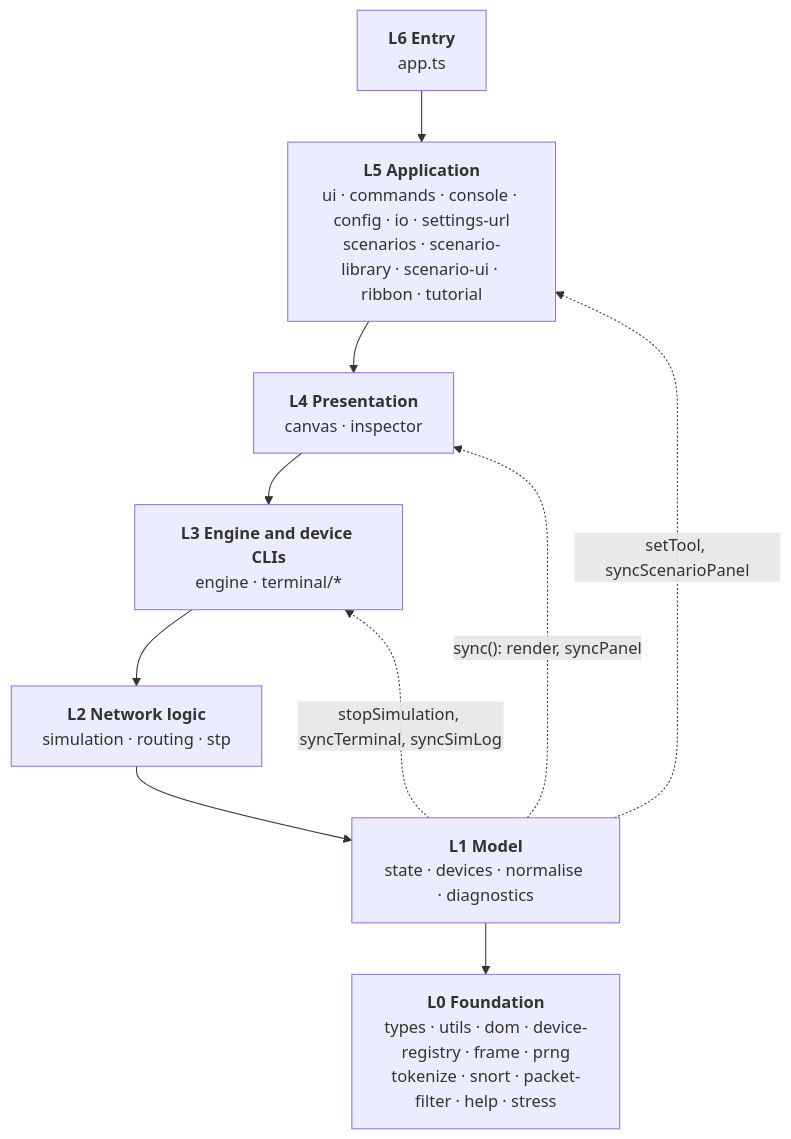
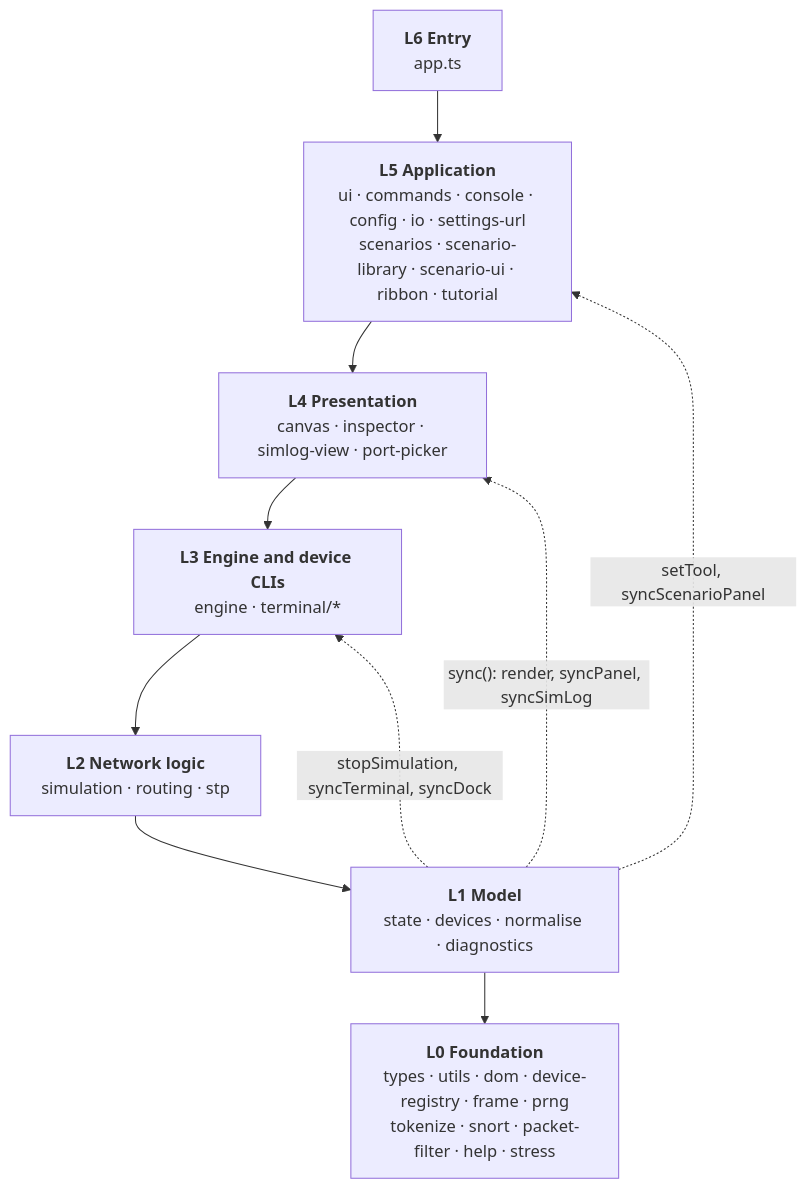
One commit to trevorandersen/routesim changed the first of 3 diagrams in docs/architecture.md. Above: the diagram before and after it, drawn with Mermaid. The commit also changed other lines of this file and 18 other files, not shown here.

First line of the commit message:
Take the engine out of the import cycle; the sim log becomes a view (fixes R106)

````diff
--- a/docs/architecture.md
+++ b/docs/architecture.md
@@ -60,14 +60,14 @@
 ```mermaid
 flowchart TB
   L6["<b>L6 Entry</b><br/>app.ts"]
   L5["<b>L5 Application</b><br/>ui · commands · console · config · io · settings-url<br/>scenarios · scenario-library · scenario-ui · ribbon · tutorial"]
-  L4["<b>L4 Presentation</b><br/>canvas · inspector"]
+  L4["<b>L4 Presentation</b><br/>canvas · inspector · simlog-view · port-picker"]
   L3["<b>L3 Engine and device CLIs</b><br/>engine · terminal/*"]
   L2["<b>L2 Network logic</b><br/>simulation · routing · stp"]
   L1["<b>L1 Model</b><br/>state · devices · normalise · diagnostics"]
   L0["<b>L0 Foundation</b><br/>types · utils · dom · device-registry · frame · prng<br/>tokenize · snort · packet-filter · help · stress"]
   L6 --> L5 --> L4 --> L3 --> L2 --> L1 --> L0
-  L1 -.->|"sync(): render, syncPanel"| L4
-  L1 -.->|"stopSimulation, syncTerminal, syncSimLog"| L3
+  L1 -.->|"sync(): render, syncPanel, syncSimLog"| L4
+  L1 -.->|"stopSimulation, syncTerminal, syncDock"| L3
   L1 -.->|"setTool, syncScenarioPanel"| L5
 ```
````
